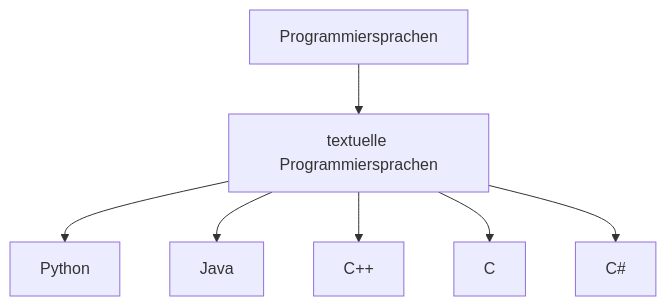
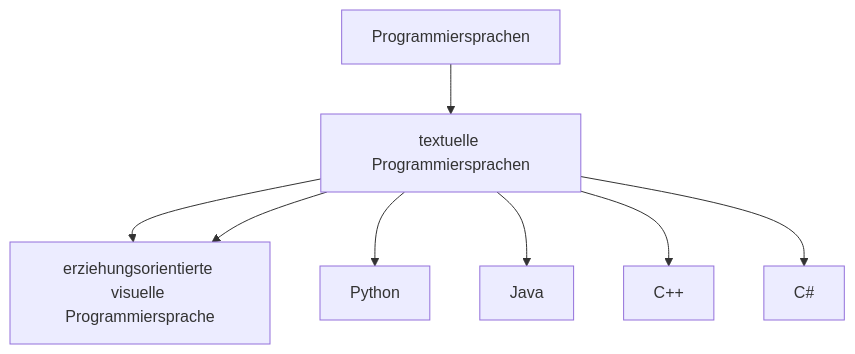
The diagram in docs/Diagramm2.mmd (Meisterschulen-am-Ostbahnhof-Munchen/visual-programming-languages-docs), drawn with Mermaid before and after one commit.

```diff
--- a/docs/Diagramm2.mmd
+++ b/docs/Diagramm2.mmd
@@ -1,7 +1,7 @@
 flowchart TB
-A["Programmiersprachen"] --> B["textuelle Programmiersprachen"]
+A["Programmiersprachen"] --> B["textuelle Programmiersprachen"] --> C["erziehungsorientierte visuelle Programmiersprache"]
 B --> Python
 B --> Java
 B --> C++
 B --> C
 B --> C#
```
